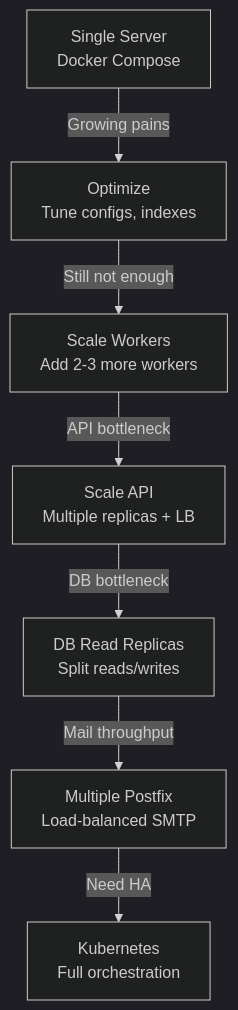
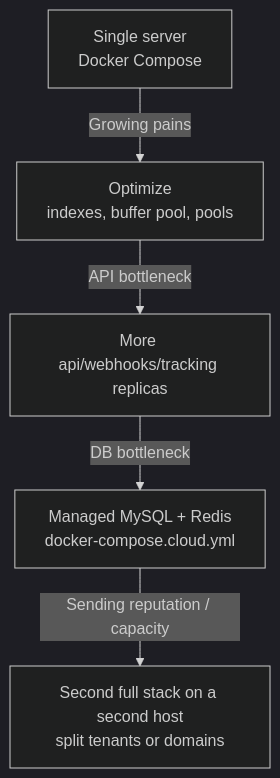
The diagram in docs/deployment/scaling-guide.md (Techies-Africa/mailyte-mail-server-community), drawn with Mermaid (dark theme) before and after one commit. The commit also changed other lines of this file and 481 other files, not shown here.

````diff
--- a/docs/deployment/scaling-guide.md
+++ b/docs/deployment/scaling-guide.md
@@ -266,9 +115,7 @@
 ```mermaid
 graph TD
-    A[Single Server<br/>Docker Compose] -->|Growing pains| B[Optimize<br/>Tune configs, indexes]
-    B -->|Still not enough| C[Scale Workers<br/>Add 2-3 more workers]
-    C -->|API bottleneck| D[Scale API<br/>Multiple replicas + LB]
-    D -->|DB bottleneck| E[DB Read Replicas<br/>Split reads/writes]
-    E -->|Mail throughput| F[Multiple Postfix<br/>Load-balanced SMTP]
-    F -->|Need HA| G[Kubernetes<br/>Full orchestration]
+    A[Single server<br/>Docker Compose] -->|Growing pains| B[Optimize<br/>indexes, buffer pool, pools]
+    B -->|API bottleneck| C[More api/webhooks/tracking replicas]
+    C -->|DB bottleneck| D[Managed MySQL + Redis<br/>docker-compose.cloud.yml]
+    D -->|Sending reputation / capacity| E[Second full stack on a second host<br/>split tenants or domains]
 ```
````
